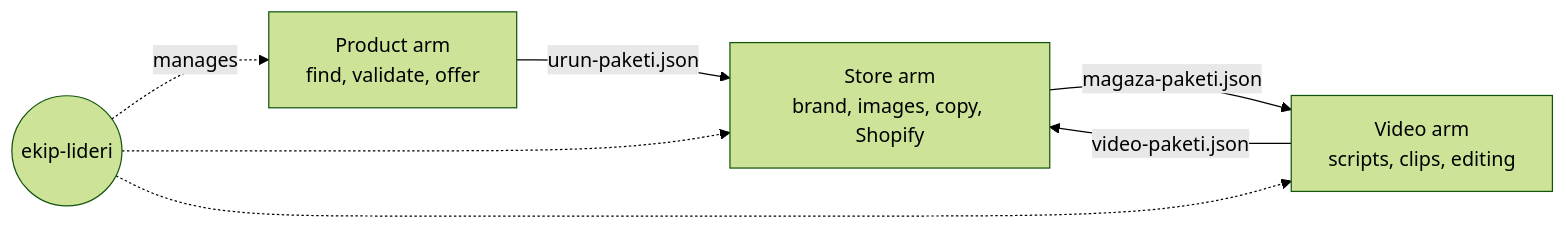
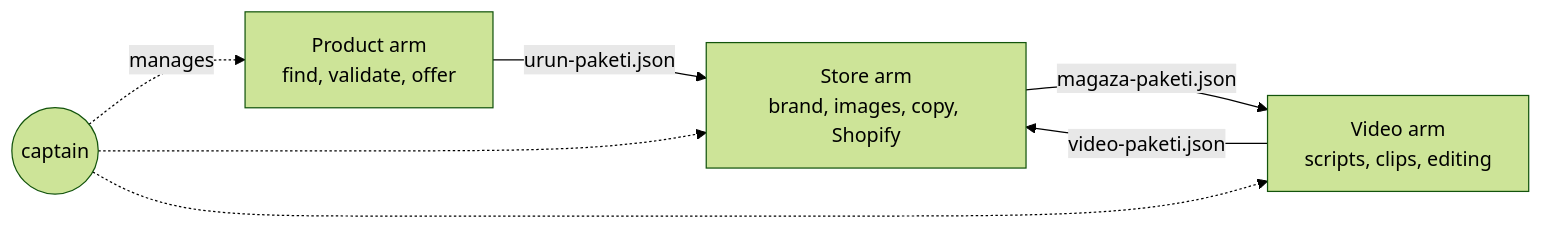
One commit to armanvibecoding/viral-urun-ekibi-market changed the diagram in README.en.md. Above: the diagram before and after it, drawn with Mermaid (forest theme). The commit also changed other lines of this file and 325 other files, not shown here.

````diff
--- a/README.en.md
+++ b/README.en.md
@@ -51,9 +51,9 @@
 ```mermaid
 flowchart LR
     A["Product arm<br/>find, validate, offer"] -- urun-paketi.json --> B["Store arm<br/>brand, images, copy, Shopify"]
     B -- magaza-paketi.json --> C["Video arm<br/>scripts, clips, editing"]
     C -- video-paketi.json --> B
-    L(("ekip-lideri")) -.manages.-> A
+    L(("captain")) -.manages.-> A
     L -.-> B
     L -.-> C
 ```
````
